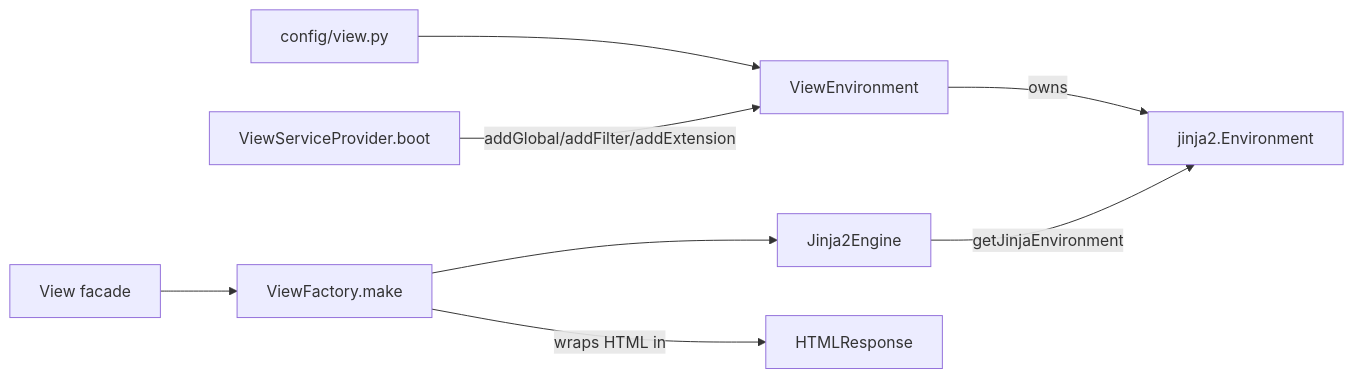
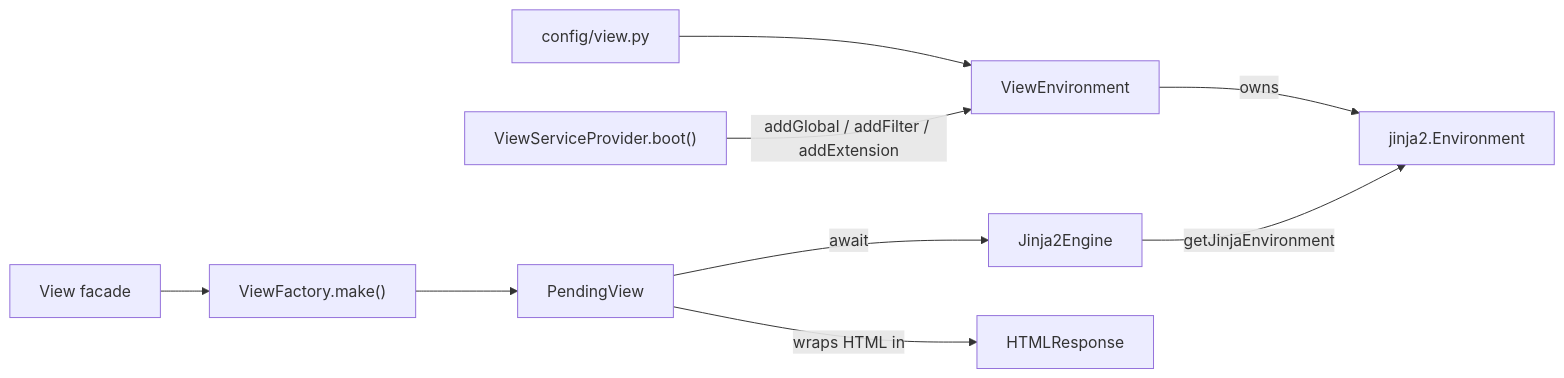
Before and after one commit to orionis-framework/framework: the diagram in orionis/view/docs/README.md, drawn with Mermaid. The commit also changed other lines of this file and 2 other files, not shown here.

````diff
--- a/orionis/view/docs/README.md
+++ b/orionis/view/docs/README.md
@@ -73,10 +58,11 @@
 ```mermaid
 graph LR
-    A[config/view.py] --> B[ViewEnvironment]
-    B -->|owns| C[jinja2.Environment]
-    D[ViewServiceProvider.boot] -->|addGlobal/addFilter/addExtension| B
+    A["config/view.py"] --> B[ViewEnvironment]
+    B -->|owns| C["jinja2.Environment"]
+    D["ViewServiceProvider.boot()"] -->|addGlobal / addFilter / addExtension| B
     E[Jinja2Engine] -->|getJinjaEnvironment| C
-    F[ViewFactory.make] --> E
-    F -->|wraps HTML in| G[HTMLResponse]
-    H[View facade] --> F
+    F["ViewFactory.make()"] --> G[PendingView]
+    G -->|await| E
+    G -->|wraps HTML in| H[HTMLResponse]
+    I["View facade"] --> F
 ```
````
